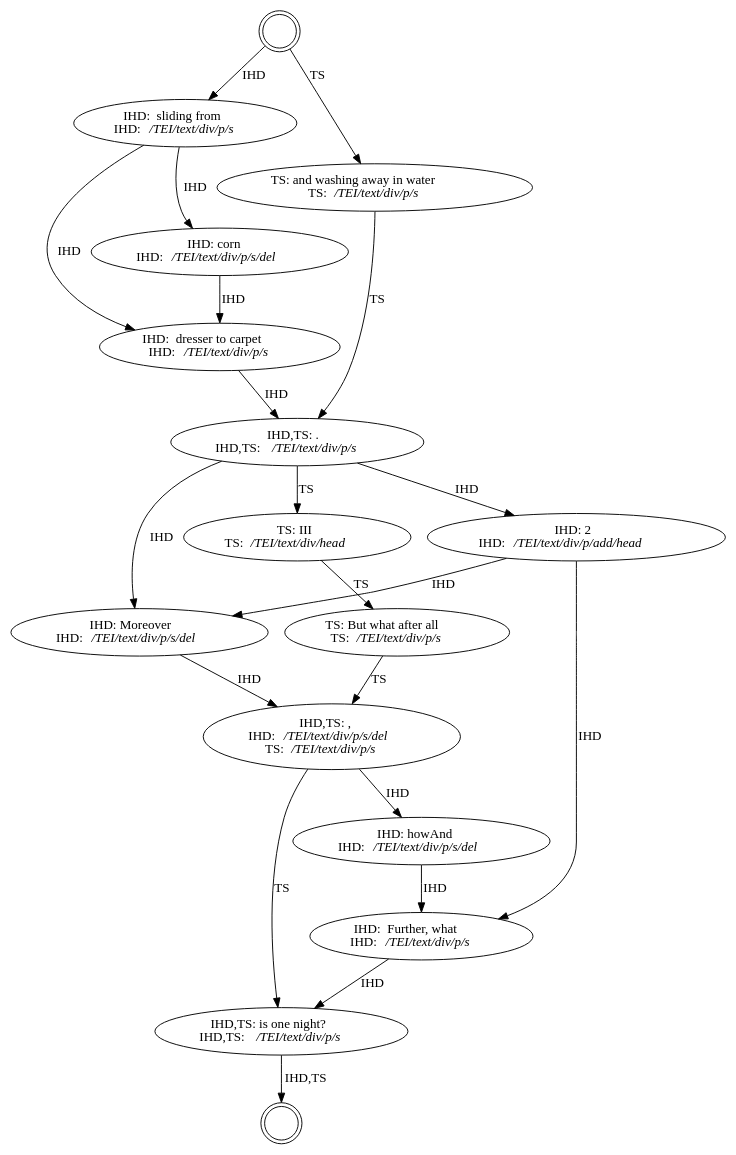
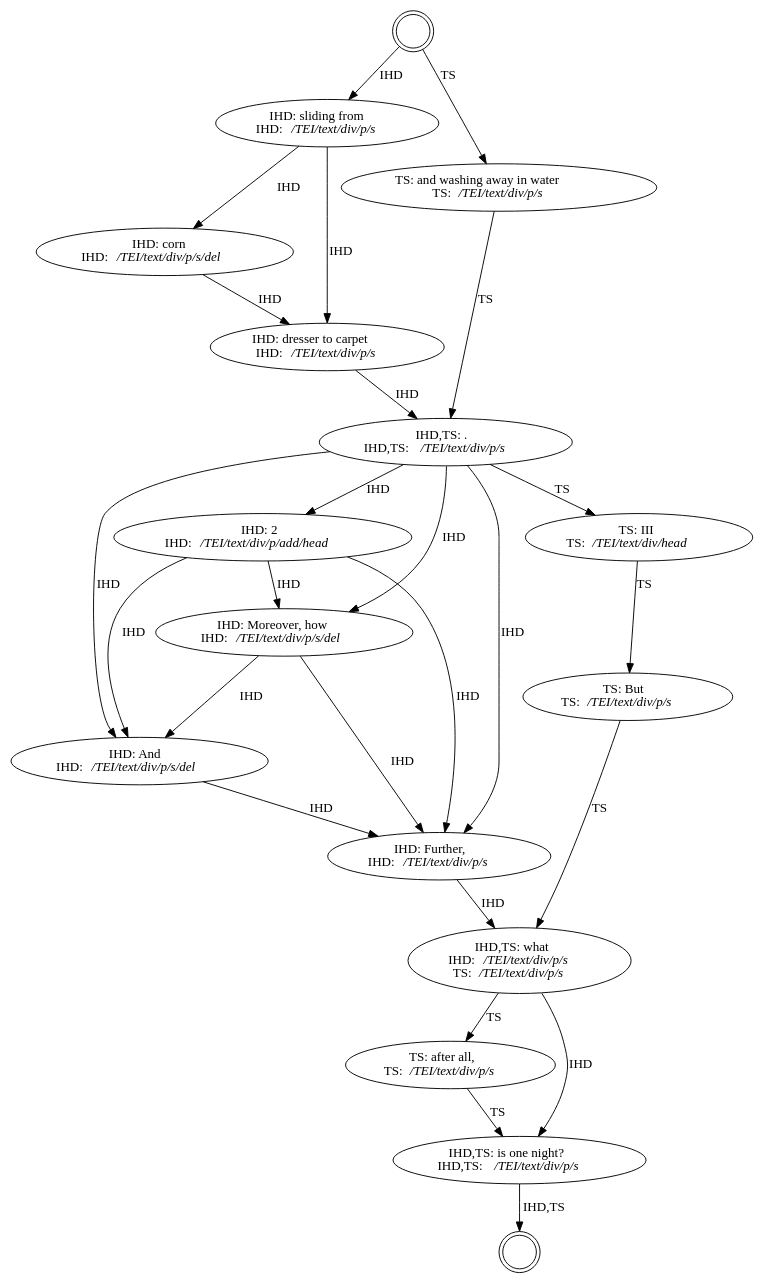
One commit to HuygensING/hyper-collate changed the diagram in doc/nla-433/2-corrected/variation-in-structure-2.dot. Above: the diagram before and after it, drawn with Graphviz.

Commit message:
[NLA-433] manually fix variation-in-structure-2

```diff
--- a/doc/nla-433/2-corrected/variation-in-structure-2.dot
+++ b/doc/nla-433/2-corrected/variation-in-structure-2.dot
@@ -1,40 +1,95 @@
 digraph CollationGraph{
   labelloc=b
 
   t000 [label="";shape=doublecircle,rank=middle]
-  t001 [label="";shape=doublecircle,rank=middle]
-  t002 [label=<IHD: &nbsp;sliding&nbsp;from&nbsp;<br/>IHD: <i>/TEI/text/div/p/s</i>>]
-  t003 [label=<IHD: Moreover<br/>IHD: <i>/TEI/text/div/p/s/del</i>>]
-  t004 [label=<IHD,TS: ,&nbsp;<br/>IHD: <i>/TEI/text/div/p/s/del</i><br/>TS: <i>/TEI/text/div/p/s</i><br/>>]
-  t005 [label=<IHD: howAnd<br/>IHD: <i>/TEI/text/div/p/s/del</i>>]
-  t006 [label=<IHD: &nbsp;Further,&nbsp;what&nbsp;<br/>IHD: <i>/TEI/text/div/p/s</i>>]
-  t007 [label=<IHD,TS: is&nbsp;one&nbsp;night?<br/>IHD,TS: <i>/TEI/text/div/p/s</i>>]
+  t002 [label=<IHD: sliding&nbsp;from<br/>IHD: <i>/TEI/text/div/p/s</i>>]
   t008 [label=<IHD: corn<br/>IHD: <i>/TEI/text/div/p/s/del</i>>]
-  t009 [label=<IHD: &nbsp;dresser&nbsp;to&nbsp;carpet<br/>IHD: <i>/TEI/text/div/p/s</i>>]
+  t009 [label=<IHD: dresser&nbsp;to&nbsp;carpet<br/>IHD: <i>/TEI/text/div/p/s</i>>]
+  t012 [label=<TS: and&nbsp;washing&nbsp;away&nbsp;in&nbsp;water<br/>TS: <i>/TEI/text/div/p/s</i>>]
   t010 [label=<IHD,TS: .<br/>IHD,TS: <i>/TEI/text/div/p/s</i>>]
   t011 [label=<IHD: 2<br/>IHD: <i>/TEI/text/div/p/add/head</i>>]
-  t012 [label=<TS: and&nbsp;washing&nbsp;away&nbsp;in&nbsp;water<br/>TS: <i>/TEI/text/div/p/s</i>>]
   t013 [label=<TS: III<br/>TS: <i>/TEI/text/div/head</i>>]
-  t014 [label=<TS: But&nbsp;what&nbsp;after&nbsp;all<br/>TS: <i>/TEI/text/div/p/s</i>>]
+  t003 [label=<IHD: Moreover, how<br/>IHD: <i>/TEI/text/div/p/s/del</i>>]
+  t005 [label=<IHD: And<br/>IHD: <i>/TEI/text/div/p/s/del</i>>]
+  t006 [label=<IHD: Further,<br/>IHD: <i>/TEI/text/div/p/s</i>>]
+  t014 [label=<TS: But<br/>TS: <i>/TEI/text/div/p/s</i>>]
+  t015 [label=<IHD,TS: what<br/>IHD: <i>/TEI/text/div/p/s</i><br/>TS: <i>/TEI/text/div/p/s</i>>]
+  t016 [label=<TS: after&nbsp;all,<br/>TS: <i>/TEI/text/div/p/s</i>>]
+  t007 [label=<IHD,TS: is&nbsp;one&nbsp;night?<br/>IHD,TS: <i>/TEI/text/div/p/s</i>>]
+  t001 [label="";shape=doublecircle,rank=middle]
 
-  t000->t002[label="IHD"]
-  t000->t012[label="TS"]
-  t002->t008[label="IHD"]
-  t002->t009[label="IHD"]
-  t003->t004[label="IHD"]
-  t004->t005[label="IHD"]
-  t004->t007[label="TS"]
-  t005->t006[label="IHD"]
-  t006->t007[label="IHD"]
-  t007->t001[label="IHD,TS"]
-  t008->t009[label="IHD"]
-  t009->t010[label="IHD"]
-  t010->t003[label="IHD"]
-  t010->t011[label="IHD"]
-  t010->t013[label="TS"]
-  t011->t003[label="IHD"]
-  t011->t006[label="IHD"]
-  t012->t010[label="TS"]
-  t013->t014[label="TS"]
-  t014->t004[label="TS"]
+  # () -> (sliding from)
+  t000 -> t002[label="IHD"]
+
+  # (sliding from) -> (corn)
+  t002 -> t008[label="IHD"]
+
+  # (corn) -> (dresser to carpet)
+  t008 -> t009[label="IHD"]
+
+  # (sliding from) -> (dresser to carpet)
+  t002 -> t009[label="IHD"]
+
+  # (dresser to carpet) -> (.)
+  t009 -> t010[label="IHD"]
+
+  # (.) -> (2)
+  t010 -> t011[label="IHD"]
+
+  # (2) -> (moreover, how)
+  t011 -> t003[label="IHD"]
+
+  # (2) -> (and)
+  t011 -> t005[label="IHD"]
+
+  # (2) -> (further,)
+  t011 -> t006[label="IHD"]
+
+  # (.) -> (moreover, how)
+  t010 -> t003[label="IHD"]
+
+  # (moreover, how) -> (and)
+  t003 -> t005[label="IHD"]
+
+  # (moreover, how) -> (further,)
+  t003 -> t006[label="IHD"]
+
+  # (.) -> (and)
+  t010 -> t005[label="IHD"]
+
+  # (and) -> (further,)
+  t005 -> t006[label="IHD"]
+
+  # (.) -> (further,)
+  t010 -> t006[label="IHD"]
+
+  # (further,) -> (what)
+  t006  -> t015[label="IHD"]
+
+  # (what) -> (is one night?)
+  t015->t007[label="IHD"]
+
+  # () -> (and washing away in water)
+  t000 -> t012[label="TS"]
+
+  # (and washing away in water) -> (.)
+  t012 -> t010[label="TS"]
+
+  # (.) -> (III)
+  t010 -> t013[label="TS"]
+
+  # (III) -> (but)
+  t013 -> t014[label="TS"]
+
+  # (but) -> (what)
+  t014 -> t015[label="TS"]
+
+  # (what) -> (after all,)
+  t015  -> t016[label="TS"]
+
+  # (after all,) -> (is one night?)
+  t016 -> t007[label="TS"]
+
+  # (is one night) -> ()
+  t007 -> t001[label="IHD,TS"]
 }
```
